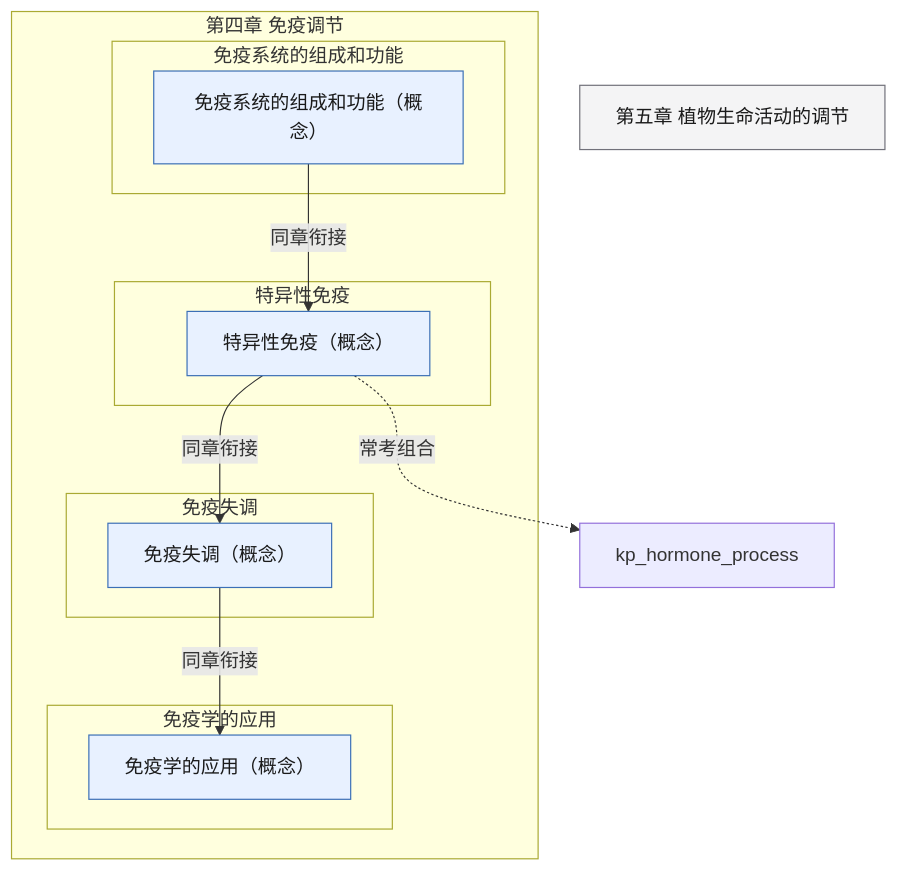
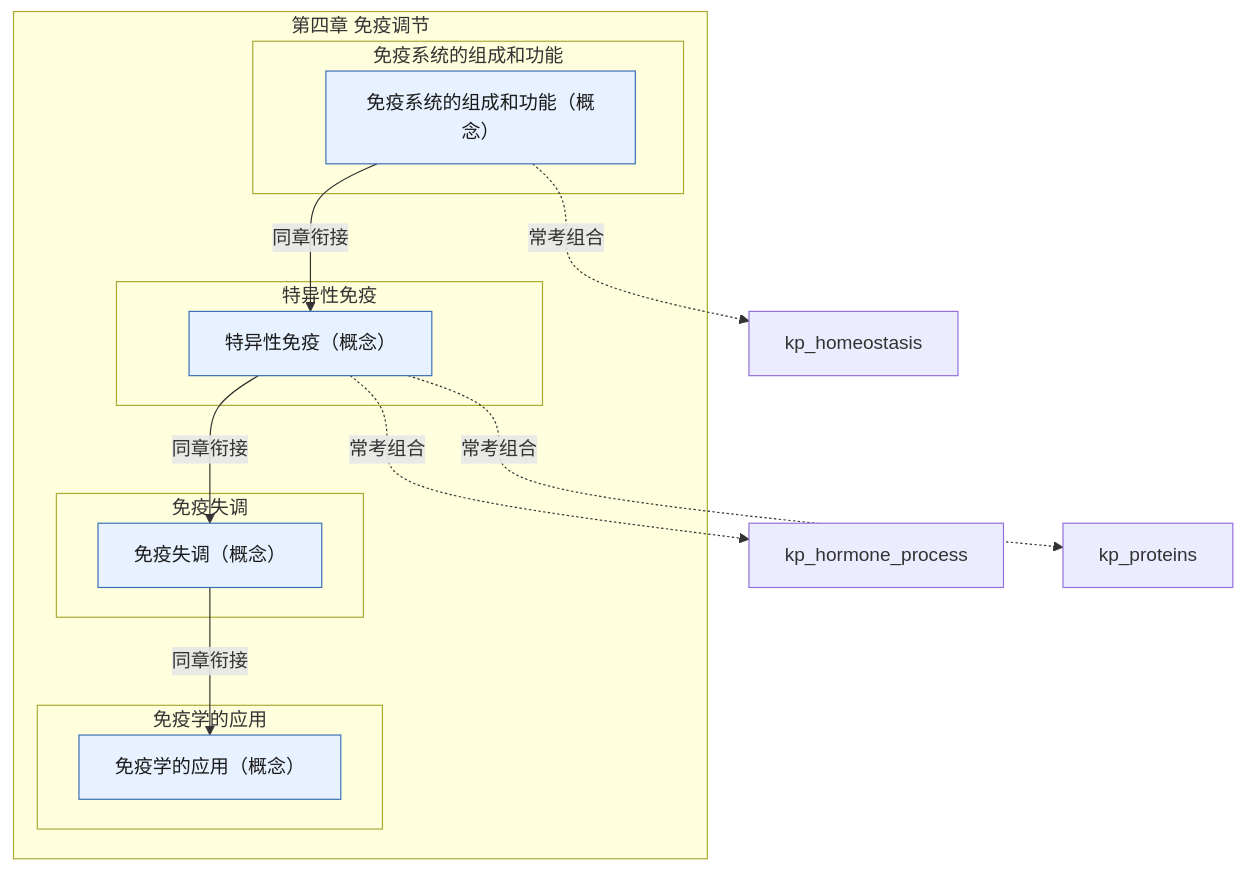
One commit to lihenair/high-school-ai-tutor-skill changed the diagram in skills/high-school-ai-tutor/references/pep-bio-xbx1-ch4.md. Above: the diagram before and after it, drawn with Mermaid. The commit also changed 26 other files, not shown here.

First line of the commit message:
feat(bio): 跨教材知识联系图谱——占位符清退 + 53 条组合边 + 联系图谱文档

````diff
--- a/skills/high-school-ai-tutor/references/pep-bio-xbx1-ch4.md
+++ b/skills/high-school-ai-tutor/references/pep-bio-xbx1-ch4.md
@@ -5,26 +5,27 @@
 ```mermaid
 flowchart TD
   classDef concept fill:#E8F1FF,stroke:#3B6FB6,color:#1A1A1A
   classDef skill fill:#E7F6EE,stroke:#2E7D4F,color:#1A1A1A
   classDef experiment fill:#FFF4E5,stroke:#C47B17,color:#1A1A1A
   classDef later fill:#F4F4F5,stroke:#71717A,color:#1A1A1A
   subgraph ch["第四章 免疫调节"]
     subgraph s1["免疫系统的组成和功能"]
       kp_immune_system["免疫系统的组成和功能（概念）"]:::concept
     end
     subgraph s2["特异性免疫"]
       kp_specific_immunity["特异性免疫（概念）"]:::concept
     end
     subgraph s3["免疫失调"]
       kp_immune_disorder["免疫失调（概念）"]:::concept
     end
     subgraph s4["免疫学的应用"]
       kp_immune_application["免疫学的应用（概念）"]:::concept
     end
   end
-  xbx1_ch5["第五章 植物生命活动的调节"]:::later
   kp_immune_system -->|同章衔接| kp_specific_immunity
   kp_specific_immunity -->|同章衔接| kp_immune_disorder
   kp_immune_disorder -->|同章衔接| kp_immune_application
   kp_specific_immunity -.->|常考组合| kp_hormone_process
+  kp_specific_immunity -.->|常考组合| kp_proteins
+  kp_immune_system -.->|常考组合| kp_homeostasis
 ```
````
